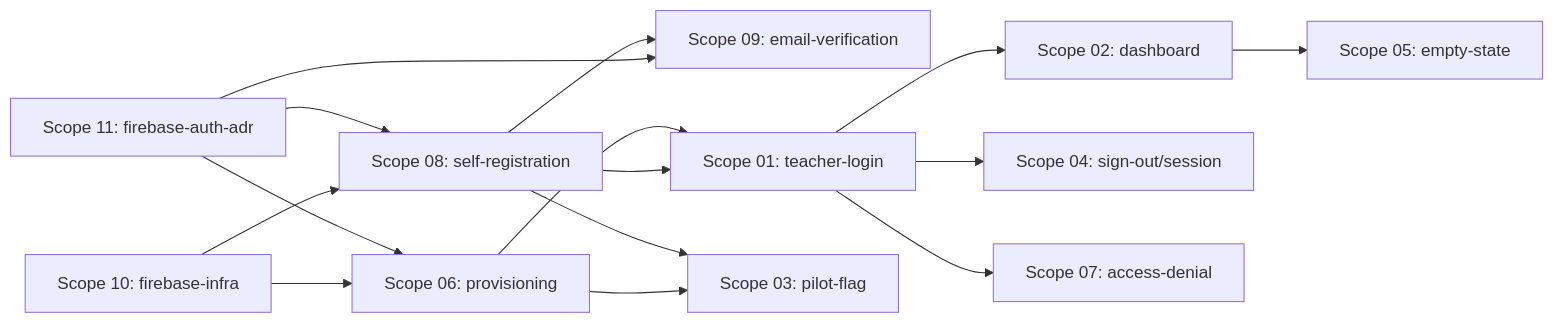
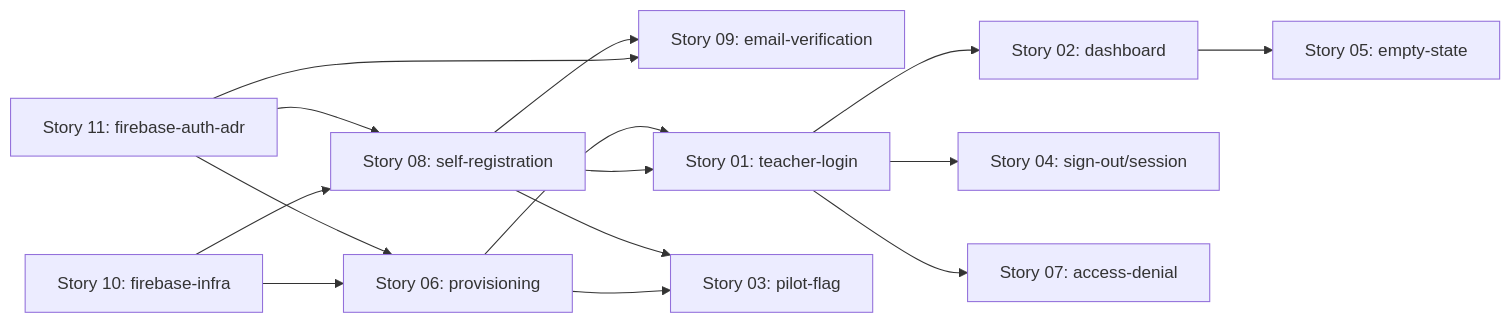
The diagram in .planning/finished/001-teacher-onboarding/01-expansion.md (cmartinezs/grade-ops-ai), drawn with Mermaid before and after one commit. The commit also changed other lines of this file and 233 other files, not shown here.

````diff
--- a/.planning/finished/001-teacher-onboarding/01-expansion.md
+++ b/.planning/finished/001-teacher-onboarding/01-expansion.md
@@ -28,17 +28,17 @@
 ```mermaid
 flowchart LR
-    S10[Scope 10: firebase-infra] --> S08[Scope 08: self-registration]
+    S10[Story 10: firebase-infra] --> S08[Story 08: self-registration]
     S10 --> S06
-    S11[Scope 11: firebase-auth-adr] --> S06
+    S11[Story 11: firebase-auth-adr] --> S06
     S11 --> S08
     S11 --> S09
-    S08 --> S09[Scope 09: email-verification]
-    S08 --> S01[Scope 01: teacher-login]
-    S06[Scope 06: provisioning] --> S01
-    S01 --> S02[Scope 02: dashboard]
-    S01 --> S04[Scope 04: sign-out/session]
-    S01 --> S07[Scope 07: access-denial]
-    S02 --> S05[Scope 05: empty-state]
-    S06 --> S03[Scope 03: pilot-flag]
+    S08 --> S09[Story 09: email-verification]
+    S08 --> S01[Story 01: teacher-login]
+    S06[Story 06: provisioning] --> S01
+    S01 --> S02[Story 02: dashboard]
+    S01 --> S04[Story 04: sign-out/session]
+    S01 --> S07[Story 07: access-denial]
+    S02 --> S05[Story 05: empty-state]
+    S06 --> S03[Story 03: pilot-flag]
     S08 --> S03
 ```
````
